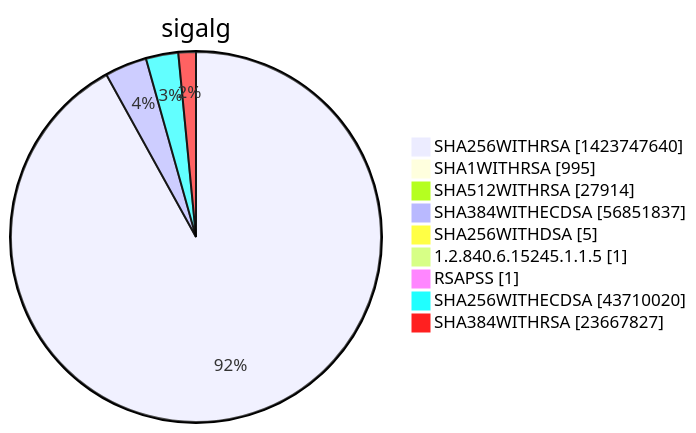
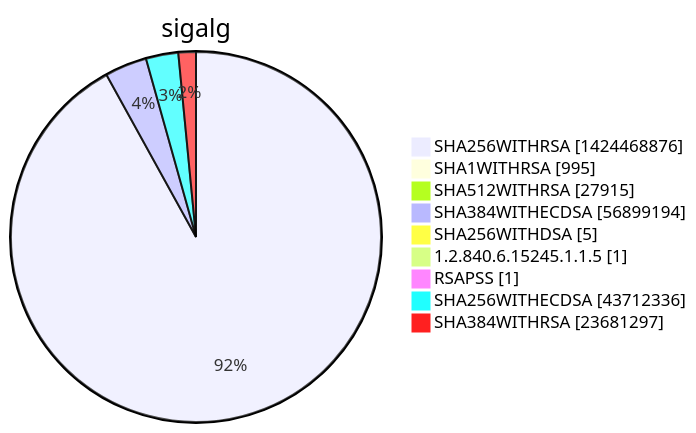
Before and after one commit to christiankrug/ctmonitor_visualization: diagram 15 of 15 in xenon2022/README.md, drawn with Mermaid. The commit also changed other lines of this file, not shown here.

````diff
--- a/xenon2022/README.md
+++ b/xenon2022/README.md
@@ -5858,13 +5860,13 @@
 ```mermaid
 pie showData
 title sigalg
-"SHA256WITHRSA" :1423747640
+"SHA256WITHRSA" :1424468876
 "SHA1WITHRSA" :995
-"SHA512WITHRSA" :27914
-"SHA384WITHECDSA" :56851837
+"SHA512WITHRSA" :27915
+"SHA384WITHECDSA" :56899194
 "SHA256WITHDSA" :5
 "1.2.840.6.15245.1.1.5" :1
 "RSAPSS" :1
-"SHA256WITHECDSA" :43710020
-"SHA384WITHRSA" :23667827
+"SHA256WITHECDSA" :43712336
+"SHA384WITHRSA" :23681297
 ```
````
